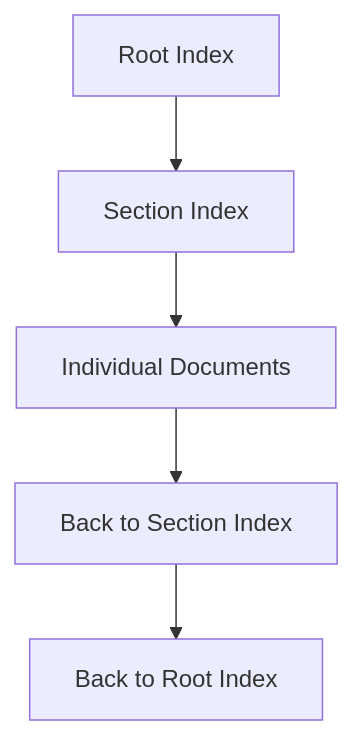
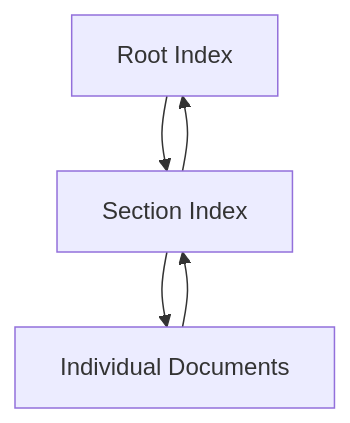
Before and after one commit to DeFiFoFum/hardhat-template: the first of 2 diagrams in .cursor/rules/markdown-rules.mdc, drawn with Mermaid. The commit also changed other lines of this file, not shown here.

````diff
--- a/.cursor/rules/markdown-rules.mdc
+++ b/.cursor/rules/markdown-rules.mdc
@@ -107,7 +88,7 @@
 ```mermaid
 graph TD
     A[Root Index] --> B[Section Index]
     B --> C[Individual Documents]
-    C --> D[Back to Section Index]
-    D --> E[Back to Root Index]
+    C --> B
+    B --> A
 ```
````
